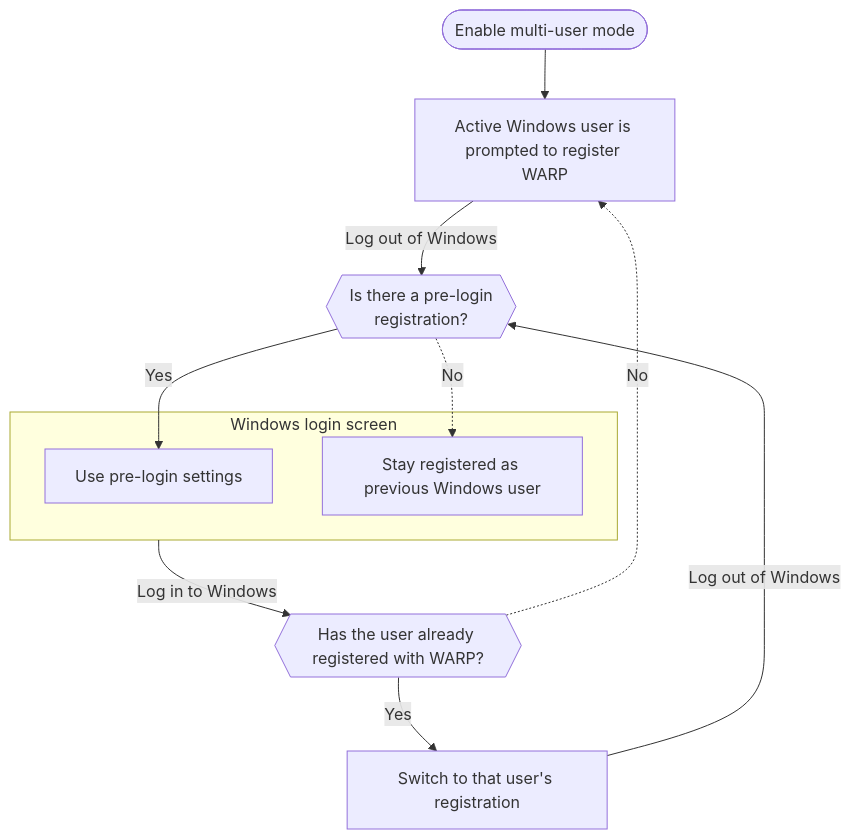
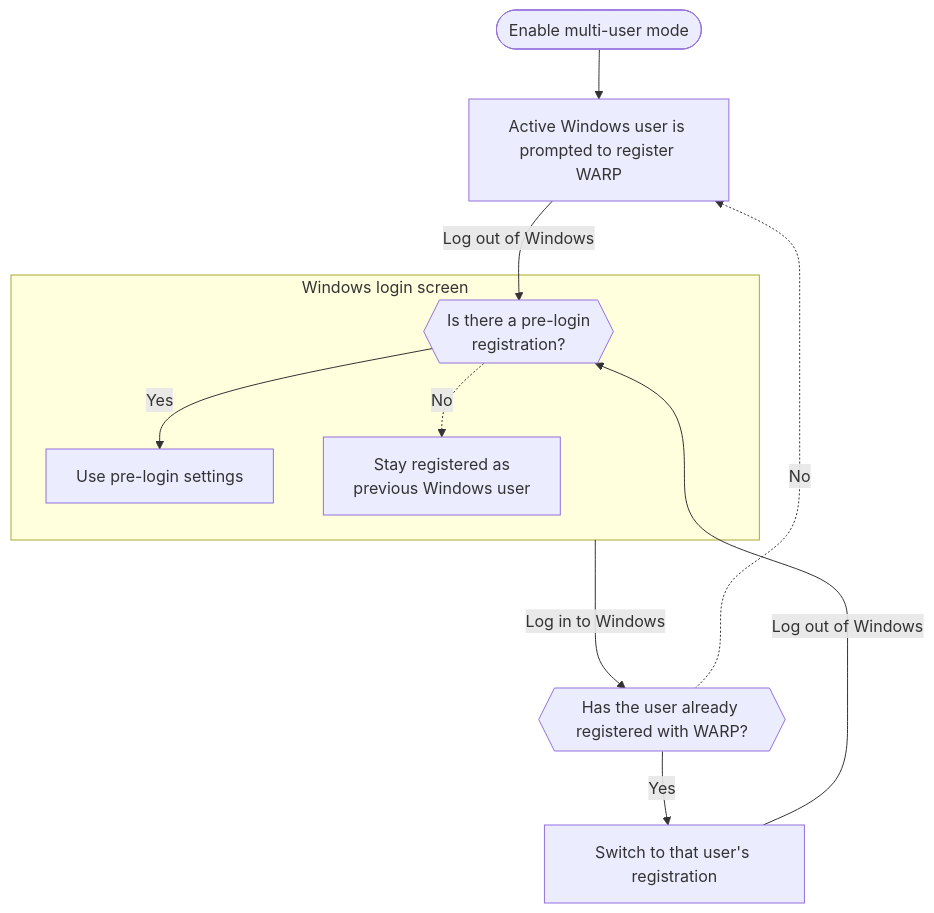
Before and after one commit to liuhuizhou2024/cloudflare-docs: the diagram in src/content/docs/cloudflare-one/connections/connect-devices/warp/deployment/mdm-deployment/windows-multiuser.mdx, drawn with Mermaid.

Commit message:
update flowchart

````diff
--- a/src/content/docs/cloudflare-one/connections/connect-devices/warp/deployment/mdm-deployment/windows-multiuser.mdx
+++ b/src/content/docs/cloudflare-one/connections/connect-devices/warp/deployment/mdm-deployment/windows-multiuser.mdx
@@ -93,17 +93,18 @@
 ```mermaid
 flowchart TB
     start(["Enable multi-user mode"])-->reg["Active Windows user is prompted to register WARP"]
-		reg--"Log out of Windows"-->prelogin{{"Is there a pre-login <br />registration?"}}
+		reg--"Log out of Windows"-->prelogin
+
+    subgraph preloginbehavior["Windows login screen"]
+		prelogin{{"Is there a pre-login <br />registration?"}}
+    preloginyes["Use pre-login settings"]
 		prelogin--"Yes"-->preloginyes
 		prelogin-. "No" .->preloginno
-
-    subgraph preloginbehavior["Windows login screen"]
-    preloginyes["Use pre-login settings"]
-		preloginno["Stay registered as previous Windows user"]
+		preloginno["Stay registered as <br />previous Windows user"]
 		end
 
-		preloginbehavior--"Log in to Windows"-->regexists{{"Has the user already registered with WARP?"}}
+		preloginbehavior--"Log in to Windows"---->regexists{{"Has the user already registered with WARP?"}}
 		regexists--"Yes"-->user["Switch to that user's registration"]
 		regexists-. "No" .->reg
 		user--"Log out of Windows"--> prelogin
 ```
````
